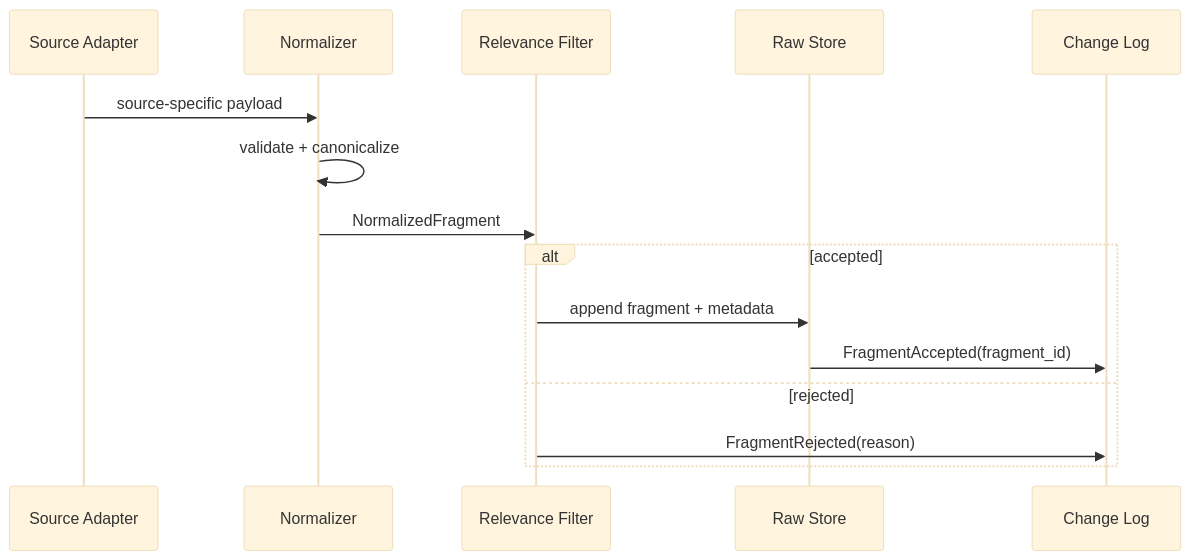
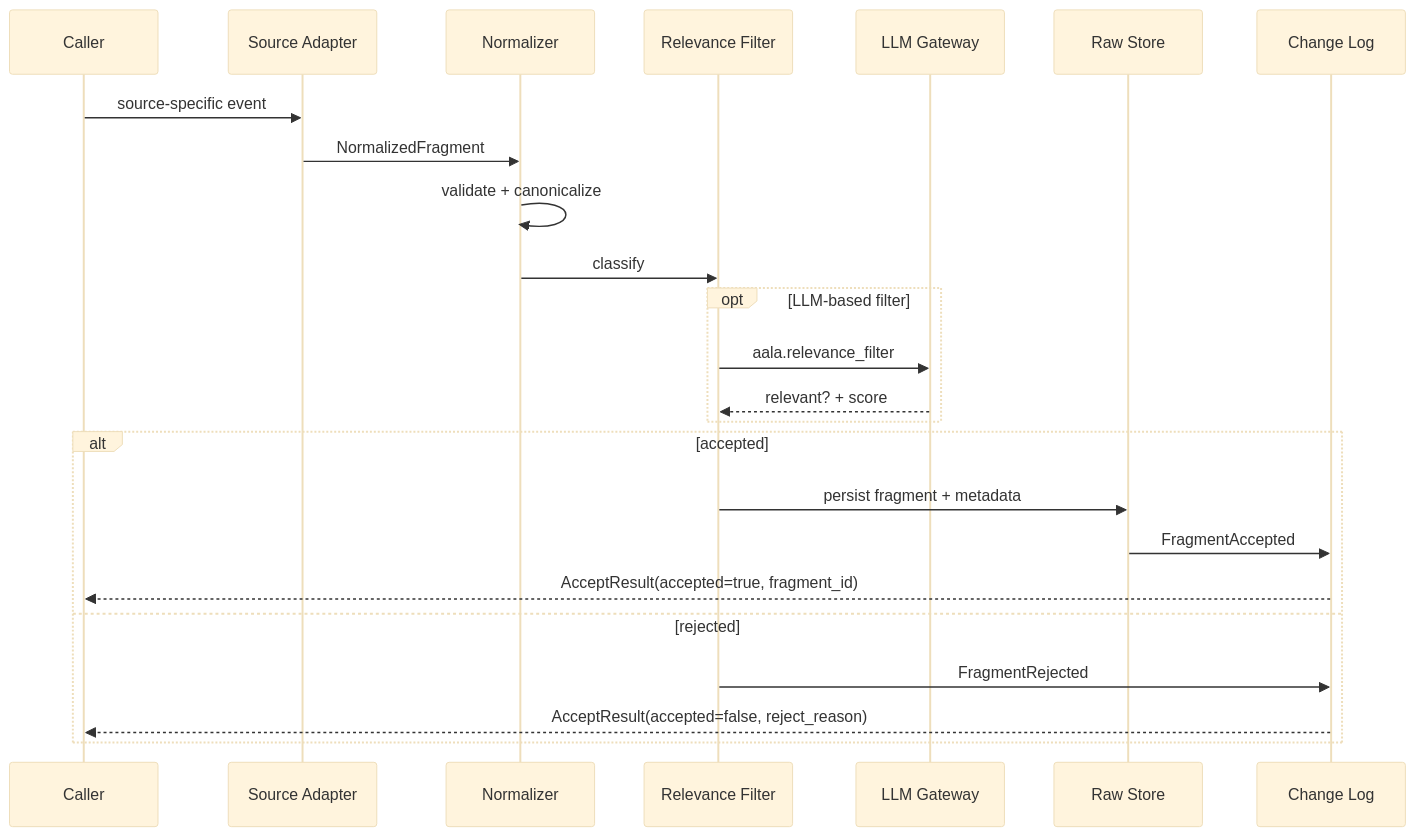
The diagram in docs/L3/02-ingestion.md (Gubbi/aala), drawn with Mermaid (base theme) before and after one commit. The commit also changed other lines of this file and 68 other files, not shown here.

````diff
--- a/docs/L3/02-ingestion.md
+++ b/docs/L3/02-ingestion.md
@@ -21,18 +21,27 @@
 ```mermaid
 sequenceDiagram
+    participant Caller
     participant Adapter as Source Adapter
     participant Norm as Normalizer
     participant Filter as Relevance Filter
-    participant Raw as Raw Store
+    participant LLM as LLM Gateway
+    participant Store as Raw Store
     participant Log as Change Log
 
-    Adapter->>Norm: source-specific payload
+    Caller->>Adapter: source-specific event
+    Adapter->>Norm: NormalizedFragment
     Norm->>Norm: validate + canonicalize
-    Norm->>Filter: NormalizedFragment
+    Norm->>Filter: classify
+    opt LLM-based filter
+        Filter->>LLM: aala.relevance_filter
+        LLM-->>Filter: relevant? + score
+    end
     alt accepted
-        Filter->>Raw: append fragment + metadata
-        Raw->>Log: FragmentAccepted(fragment_id)
+        Filter->>Store: persist fragment + metadata
+        Store->>Log: FragmentAccepted
+        Log-->>Caller: AcceptResult(accepted=true, fragment_id)
     else rejected
-        Filter->>Log: FragmentRejected(reason)
+        Filter->>Log: FragmentRejected
+        Log-->>Caller: AcceptResult(accepted=false, reject_reason)
     end
 ```
````
